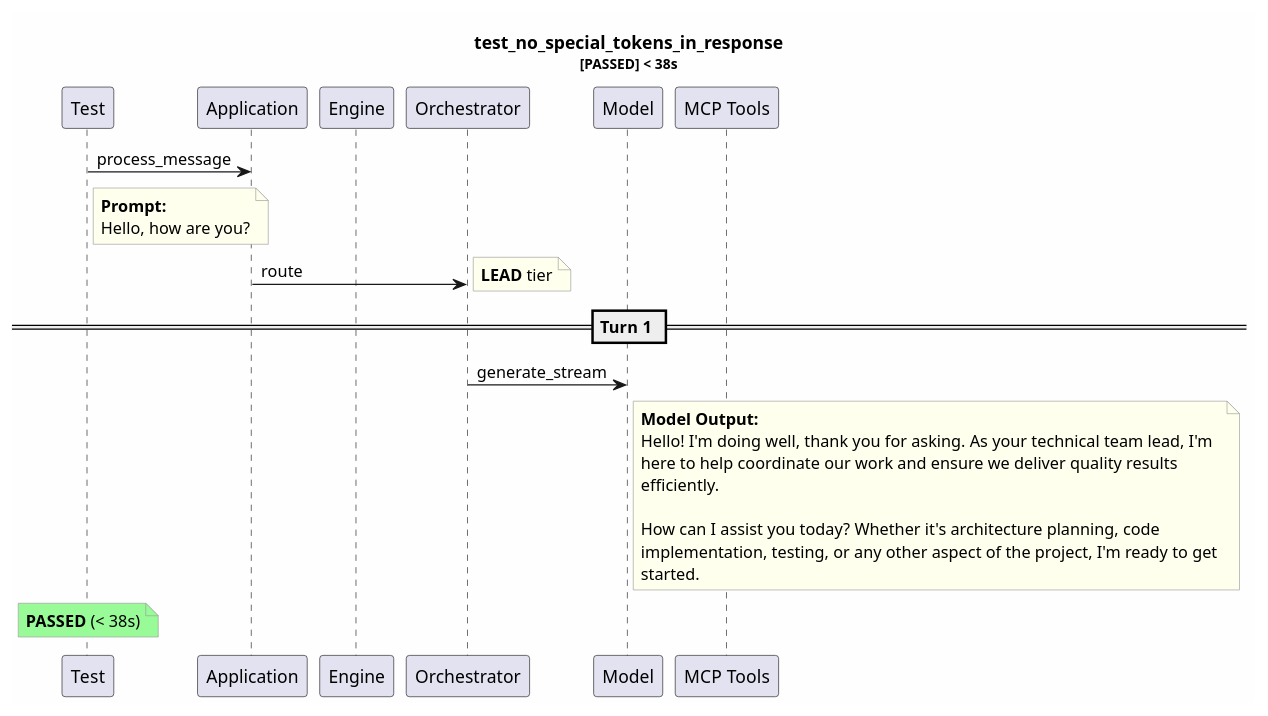
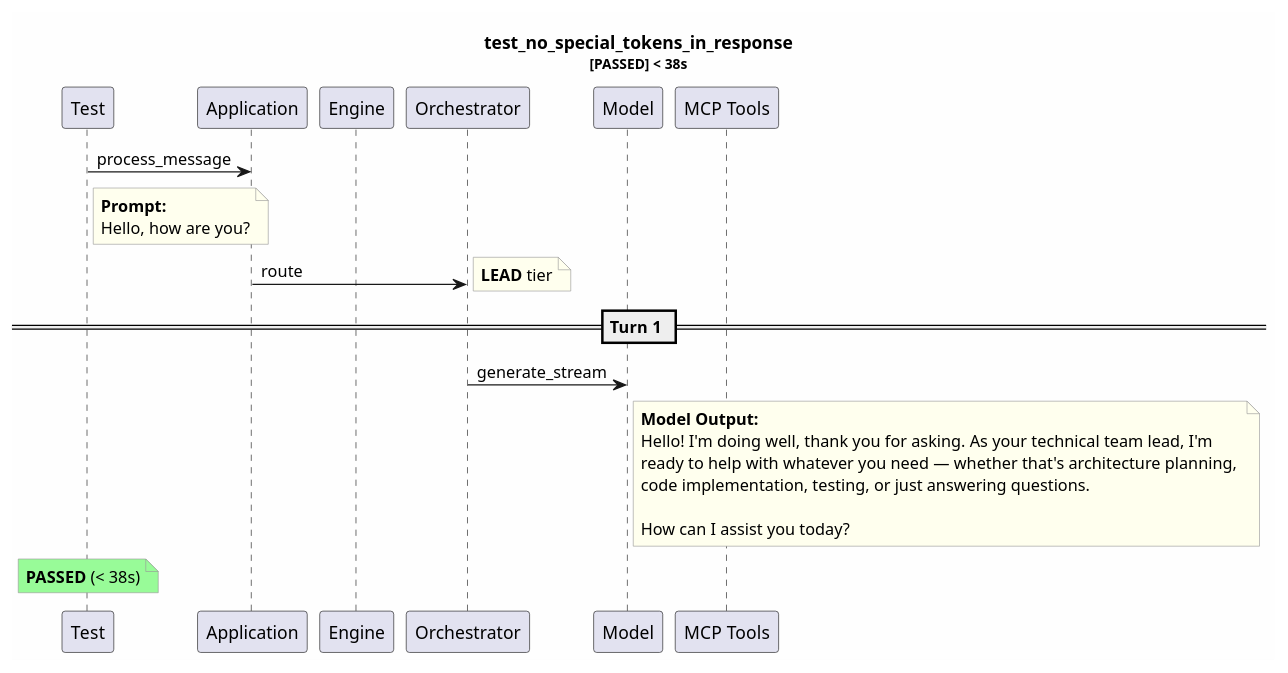
One commit to tvanfossen/entropic changed the diagram in test-reports/logs/test_no_special_tokens_in_response/test_no_special_tokens_in_response.puml. Above: the diagram before and after it, drawn with PlantUML. The commit also changed 18 other files, not shown here.

```diff
--- a/test-reports/logs/test_no_special_tokens_in_response/test_no_special_tokens_in_response.puml
+++ b/test-reports/logs/test_no_special_tokens_in_response/test_no_special_tokens_in_response.puml
@@ -1,37 +1,35 @@
 @startuml
 skinparam backgroundColor #FEFEFE
 skinparam noteBorderColor #999999
 skinparam noteBackgroundColor #FFFFEE
 title test_no_special_tokens_in_response\n<size:11>[PASSED] < 38s</size>
 
 participant "Test" as T
 participant "Application" as App
 participant "Engine" as Eng
 participant "Orchestrator" as Orch
 participant "Model" as Mdl
 participant "MCP Tools" as MCP
 
 T -> App: process_message
 note right of T
   **Prompt:**
   Hello, how are you?
 end note
 App -> Orch: route
 note right: **LEAD** tier
 == Turn 1 ==
 Orch -> Mdl: generate_stream
 note right of Mdl
   **Model Output:**
   Hello! I'm doing well, thank you for asking. As your technical team lead, I'm 
-  here to help coordinate our work and ensure we deliver quality results 
-  efficiently.
+  ready to help with whatever you need — whether that's architecture planning, 
+  code implementation, testing, or just answering questions.
   
-  How can I assist you today? Whether it's architecture planning, code 
-  implementation, testing, or any other aspect of the project, I'm ready to get 
-  started.
+  How can I assist you today?
 end note
 note over T #palegreen
   **PASSED** (< 38s)
 end note
 
 @enduml
```
